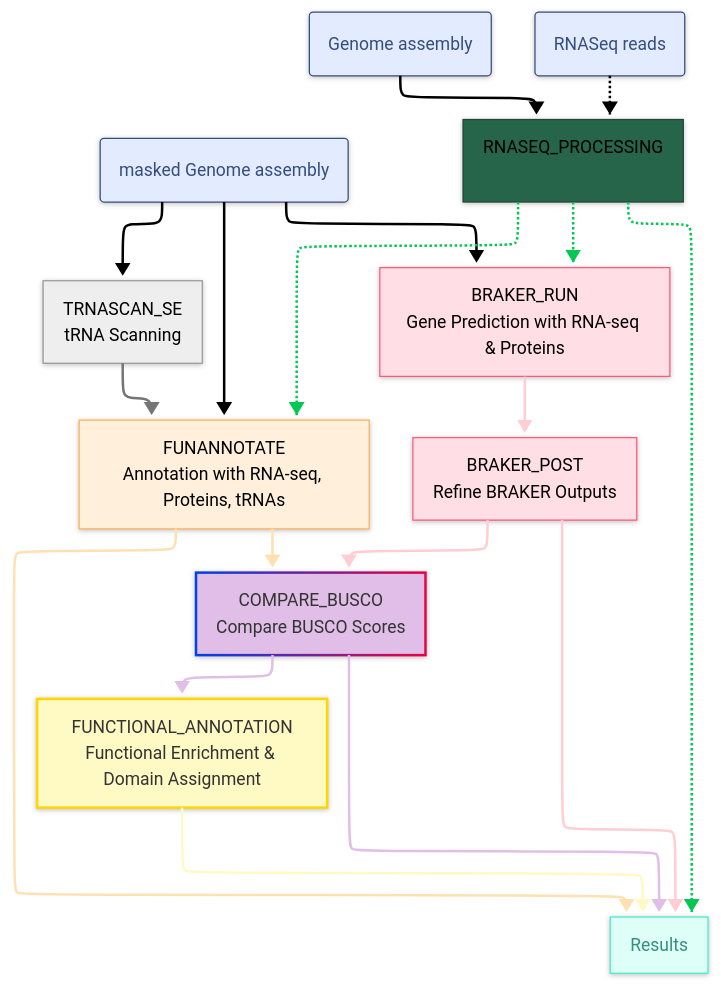
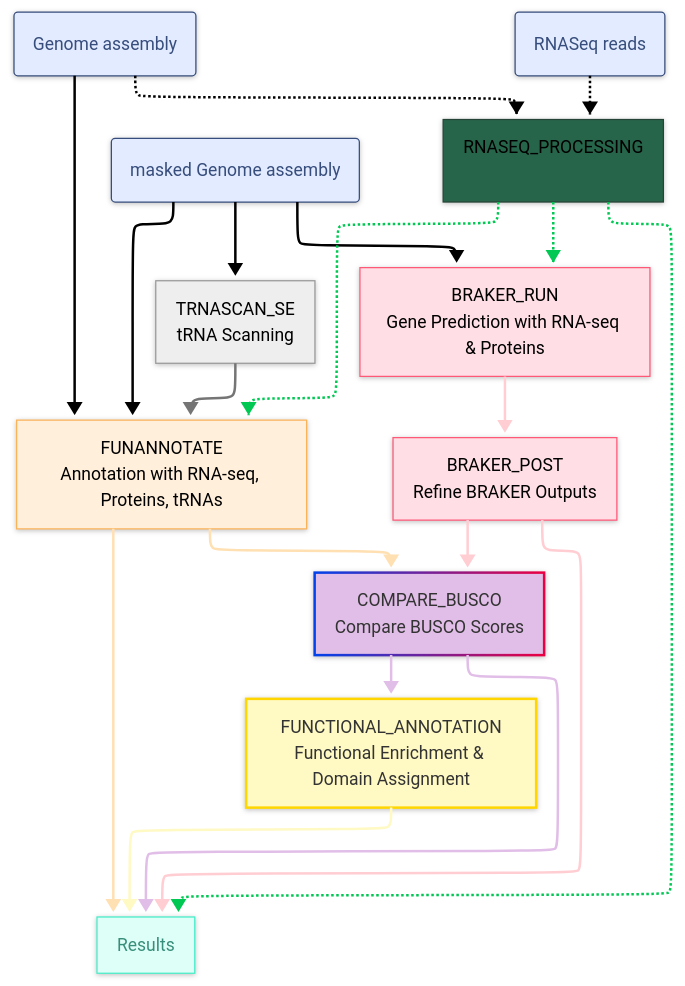
The diagram in README.md (abdo3a/GeneForge), drawn with Mermaid before and after one commit.

````diff
--- a/README.md
+++ b/README.md
@@ -113,56 +113,58 @@
 ```mermaid
 ---
 config:
   layout: elk
   theme: neo
   look: neo
 ---
 flowchart TD
     B["masked Genome assembly"] --> C["TRNASCAN_SE<br>tRNA Scanning"] & E2["FUNANNOTATE<br>Annotation with RNA-seq, Proteins, tRNAs"] & E1["BRAKER_RUN<br>Gene Prediction with RNA-seq &amp; Proteins"]
     D["RNASEQ_PROCESSING<br><br>"] -.-> E2 & E1 & I["Results"]
     C --> E2
     E1 --> F["BRAKER_POST<br>Refine BRAKER Outputs"]
     E2 --> G1["COMPARE_BUSCO<br>Compare BUSCO Scores"] & I
     F --> G1 & I
     G1 --> H["FUNCTIONAL_ANNOTATION<br>Functional Enrichment &amp; Domain Assignment"] & I
     H --> I
-    n1["Genome assembly"] --> D
+    n1["Genome assembly"] -.-> D
     n2["RNASeq reads"] -.-> D
+    n1 --> E2
     B@{ shape: rounded}
     n1@{ shape: rounded}
     n2@{ shape: rounded}
      B:::Sky
      C:::Ash
      E2:::Peach
      E1:::Rose
      D:::Pine
      I:::Aqua
      F:::Rose
      H:::Class_02
      n1:::Sky
      n2:::Sky
     classDef Sky stroke-width:1px, stroke-dasharray:none, stroke:#374D7C, fill:#E2EBFF, color:#374D7C
     classDef Aqua stroke-width:1px, stroke-dasharray:none, stroke:#46EDC8, fill:#DEFFF8, color:#378E7A
     classDef Pine stroke-width:1px, stroke-dasharray:none, stroke:#254336, fill:#27654A, color:#FFFFFF
     classDef Rose stroke-width:1px, stroke-dasharray:none, stroke:#FF5978, fill:#FFDFE5, color:#8E2236
     classDef Ash stroke-width:1px, stroke-dasharray:none, stroke:#999999, fill:#EEEEEE, color:#000000
     classDef Peach stroke-width:1px, stroke-dasharray:none, stroke:#FBB35A, fill:#FFEFDB, color:#8F632D
     classDef Class_02 stroke:#FFD600, fill:#FFF9C4
     style E2 color:#000000
     style E1 color:#000000
     style D color:#000000
     style F color:#000000
     style G1 fill:#E1BEE7
     linkStyle 3 stroke:#00C853,fill:none
     linkStyle 4 stroke:#00C853,fill:none
     linkStyle 5 stroke:#00C853,fill:none
     linkStyle 6 stroke:#757575,fill:none
     linkStyle 7 stroke:#FFCDD2,fill:none
     linkStyle 8 stroke:#FFE0B2,fill:none
     linkStyle 9 stroke:#FFE0B2,fill:none
     linkStyle 10 stroke:#FFCDD2,fill:none
     linkStyle 11 stroke:#FFCDD2,fill:none
     linkStyle 12 stroke:#E1BEE7,fill:none
     linkStyle 13 stroke:#E1BEE7,fill:none
     linkStyle 14 stroke:#FFF9C4,fill:none
+
 ```
````
